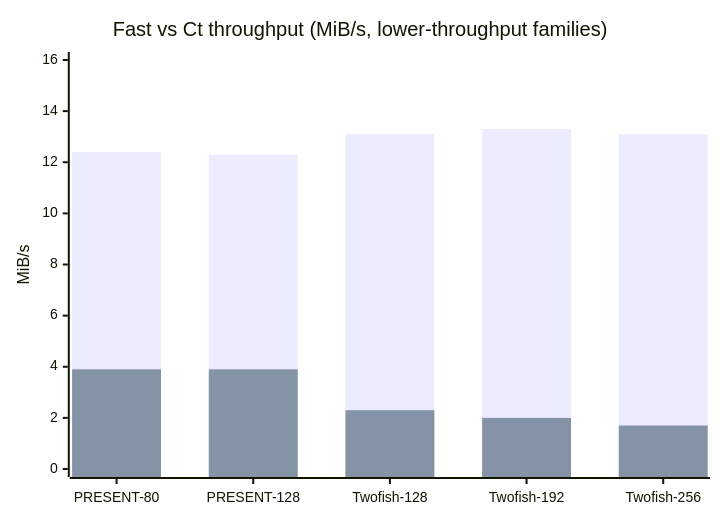
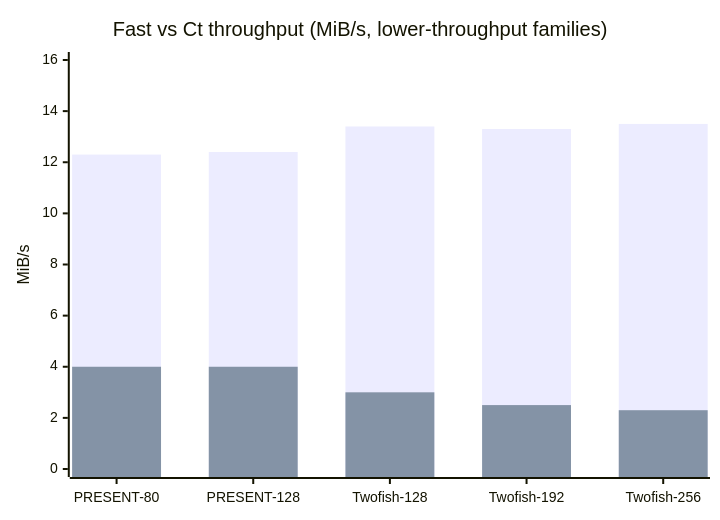
The third of 3 diagrams in ANALYSIS.md (darrelllong/cryptography), drawn with Mermaid before and after one commit. The commit also changed other lines of this file and 34 other files, not shown here.

````diff
--- a/ANALYSIS.md
+++ b/ANALYSIS.md
@@ -835,8 +839,8 @@
 ```mermaid
 xychart-beta
     title "Fast vs Ct throughput (MiB/s, lower-throughput families)"
     x-axis ["PRESENT-80", "PRESENT-128", "Twofish-128", "Twofish-192", "Twofish-256"]
     y-axis "MiB/s" 0 --> 16
-    bar [12.4, 12.3, 13.1, 13.3, 13.1]
-    bar [3.9, 3.9, 2.3, 2.0, 1.7]
+    bar [12.3, 12.4, 13.4, 13.3, 13.5]
+    bar [4.0, 4.0, 3.0, 2.5, 2.3]
 ```
````
